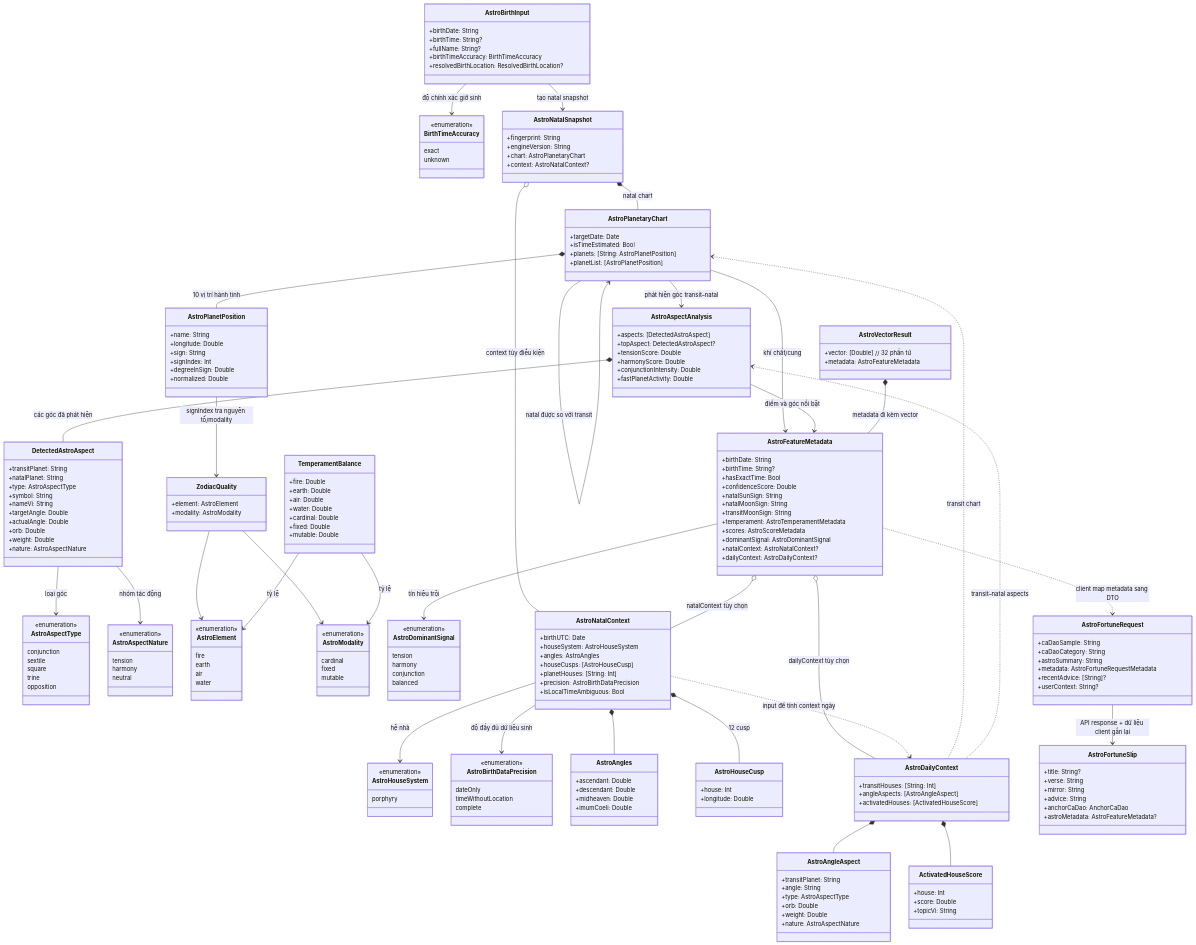
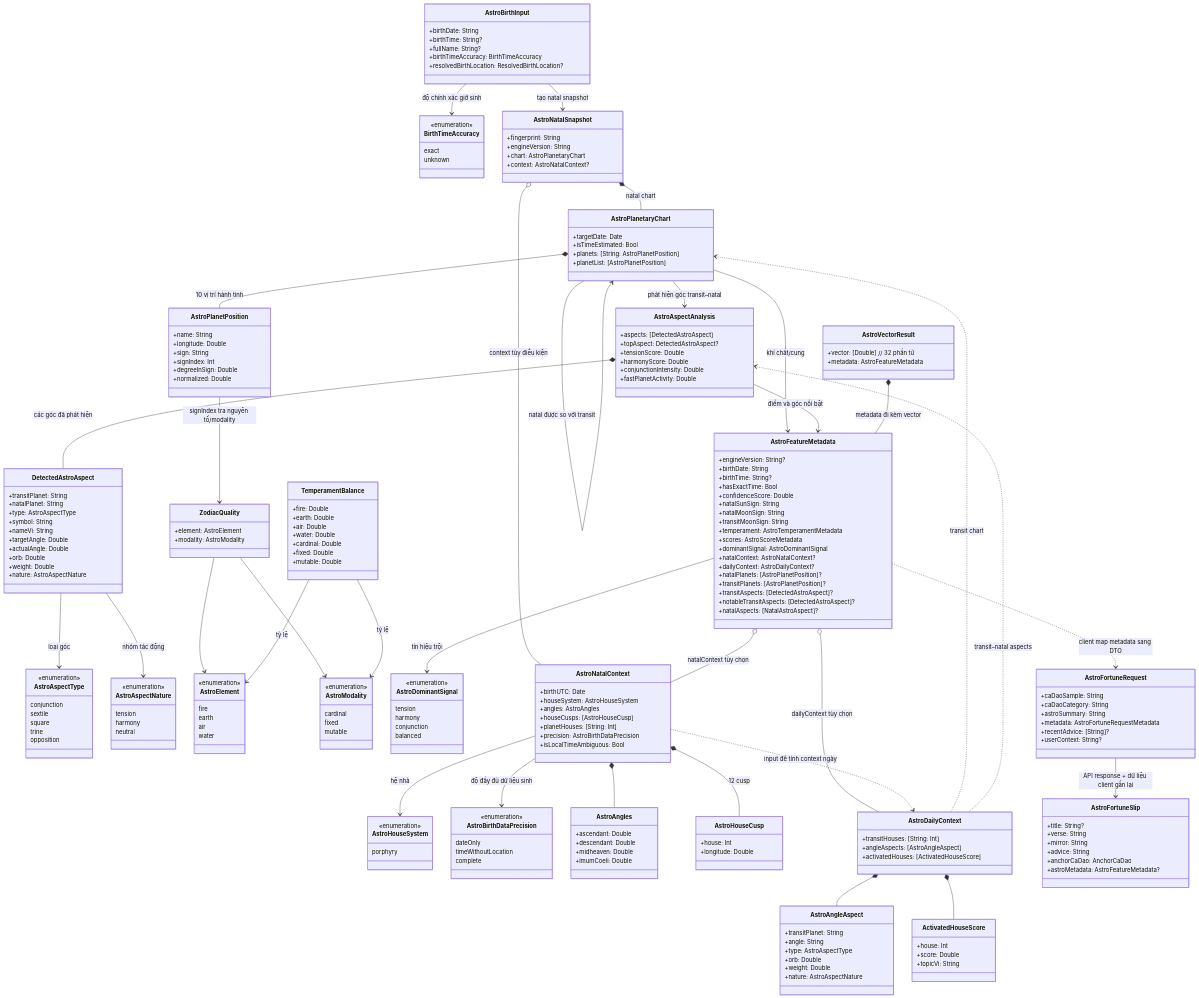
Before and after one commit to concop19/numelyr_app_ios: the diagram in numelyra_app_ios/Documentation/Astrology.md, drawn with Mermaid. The commit also changed other lines of this file and 193 other files, not shown here.

```diff
--- a/numelyra_app_ios/Documentation/Astrology.md
+++ b/numelyra_app_ios/Documentation/Astrology.md
@@ -185,6 +193,7 @@
       +topicVi: String
     }
     class AstroFeatureMetadata {
+      +engineVersion: String?
       +birthDate: String
       +birthTime: String?
       +hasExactTime: Bool
@@ -197,6 +206,11 @@
       +dominantSignal: AstroDominantSignal
       +natalContext: AstroNatalContext?
       +dailyContext: AstroDailyContext?
+      +natalPlanets: [AstroPlanetPosition]?
+      +transitPlanets: [AstroPlanetPosition]?
+      +transitAspects: [DetectedAstroAspect]?
+      +notableTransitAspects: [DetectedAstroAspect]?
+      +natalAspects: [NatalAstroAspect]?
     }
     class AstroVectorResult {
       +vector: [Double] // 32 phần tử
```
